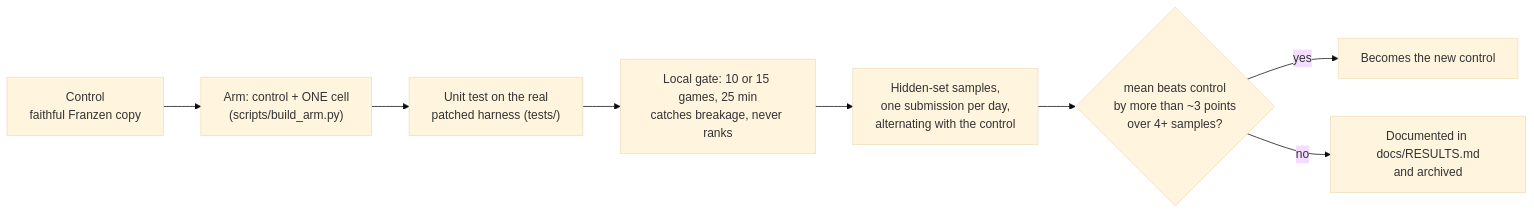
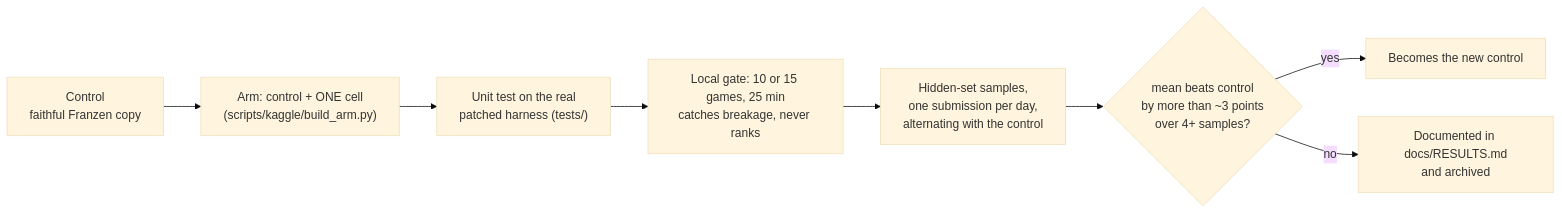
Before and after one commit to jvilladuque90/arc-prize-2026-arc-agi-3: the second of 2 diagrams in docs/APPROACH.md, drawn with Mermaid (base theme). The commit also changed 33 other files, not shown here.

First line of the commit message:
Tidy the repository root: scripts grouped by purpose, one archive, local material in data/ and .work/

````diff
--- a/docs/APPROACH.md
+++ b/docs/APPROACH.md
@@ -80,10 +80,10 @@
 ```mermaid
 flowchart LR
-  A["Control<br/>faithful Franzen copy"] --> B["Arm: control + ONE cell<br/>(scripts/build_arm.py)"]
+  A["Control<br/>faithful Franzen copy"] --> B["Arm: control + ONE cell<br/>(scripts/kaggle/build_arm.py)"]
   B --> C["Unit test on the real<br/>patched harness (tests/)"]
   C --> D["Local gate: 10 or 15 games, 25 min<br/>catches breakage, never ranks"]
   D --> E["Hidden-set samples,<br/>one submission per day,<br/>alternating with the control"]
   E --> F{"mean beats control<br/>by more than ~3 points<br/>over 4+ samples?"}
   F -- yes --> G["Becomes the new control"]
   F -- no --> H["Documented in docs/RESULTS.md<br/>and archived"]
 ```
````
